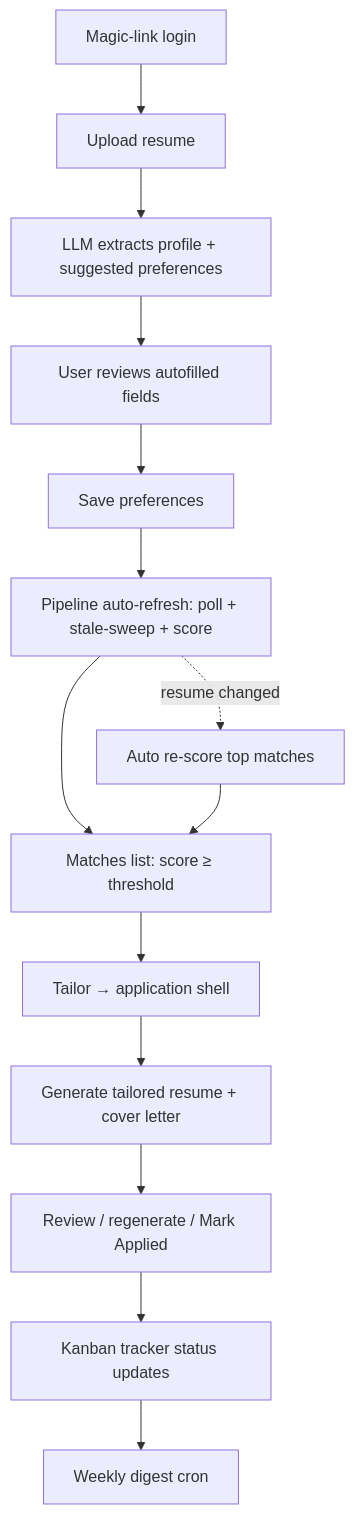
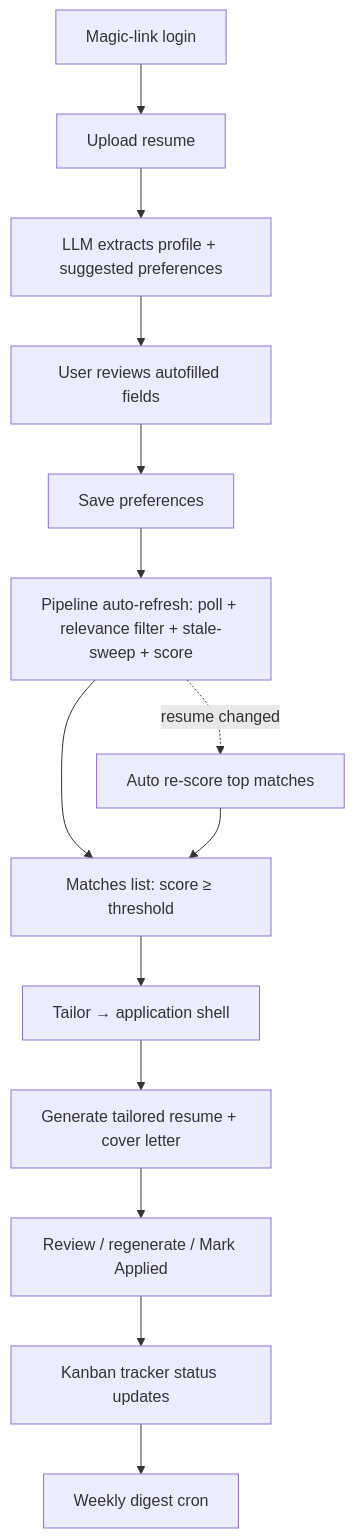
Before and after one commit to jxjwilliam/jobPilot: the second of 13 diagrams in docs/03-jobpilot-workflow.md, drawn with Mermaid. The commit also changed other lines of this file and 19 other files, not shown here.

First line of the commit message:
feat(pipeline): widen ATS sources, add relevance gate, seed Canadian companies

````diff
--- a/docs/03-jobpilot-workflow.md
+++ b/docs/03-jobpilot-workflow.md
@@ -74,16 +74,16 @@
 ```mermaid
 flowchart TD
   A[Magic-link login] --> B[Upload resume]
   B --> C[LLM extracts profile + suggested preferences]
   C --> D[User reviews autofilled fields]
   D --> E[Save preferences]
-  E --> F[Pipeline auto-refresh: poll + stale-sweep + score]
+  E --> F[Pipeline auto-refresh: poll + relevance filter + stale-sweep + score]
   F --> G[Matches list: score ≥ threshold]
   G --> H[Tailor → application shell]
   H --> I[Generate tailored resume + cover letter]
   I --> J[Review / regenerate / Mark Applied]
   J --> K[Kanban tracker status updates]
   K --> L[Weekly digest cron]
   F -. resume changed .-> R[Auto re-score top matches]
   R --> G
 ```
````
